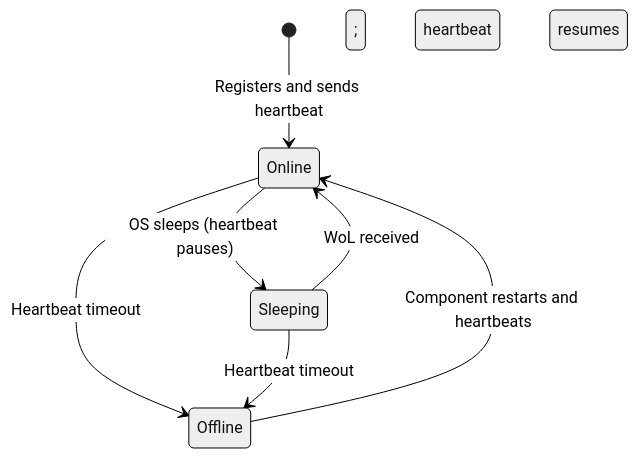
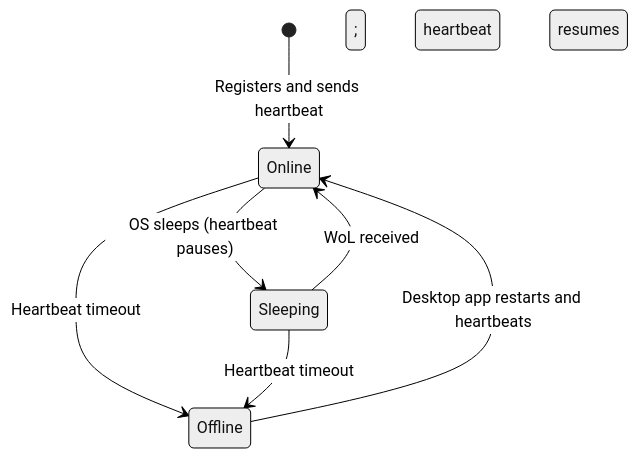
The first of 2 diagrams in .devbook/domain/dev-pc-management/flow.md (JSdotNet/Backlog), drawn with Mermaid (neutral theme) before and after one commit. The commit also changed other lines of this file and 131 other files, not shown here.

````diff
--- a/.devbook/domain/dev-pc-management/flow.md
+++ b/.devbook/domain/dev-pc-management/flow.md
@@ -14,9 +14,9 @@
 ```mermaid
 stateDiagram-v2
     [*] --> Online : Registers and sends heartbeat
     Online --> Sleeping : OS sleeps (heartbeat pauses)
     Sleeping --> Online : WoL received; heartbeat resumes
     Online --> Offline : Heartbeat timeout
     Sleeping --> Offline : Heartbeat timeout
-    Offline --> Online : Component restarts and heartbeats
+    Offline --> Online : Desktop app restarts and heartbeats
 ```
````
